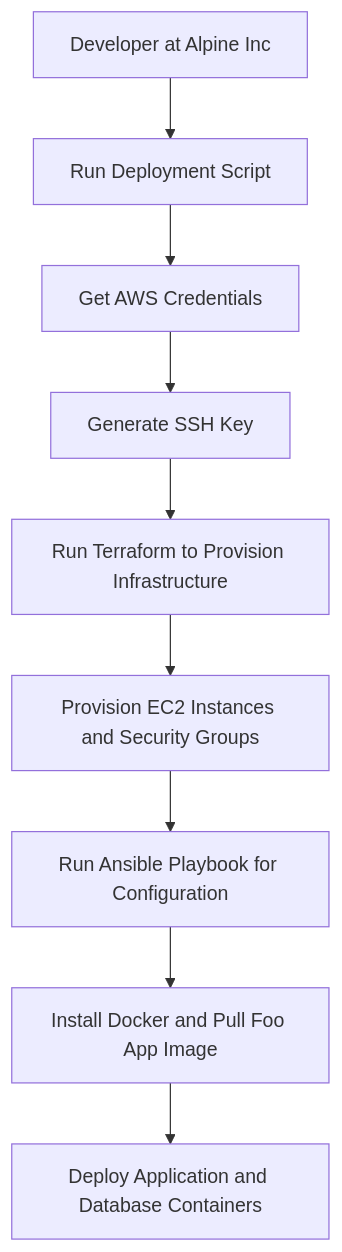
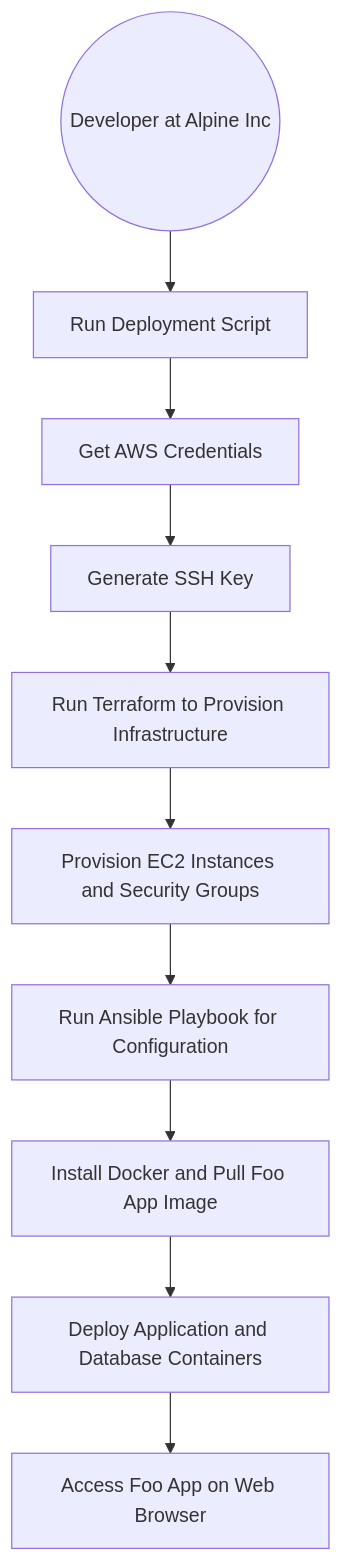
Before and after one commit to rmit-sdo-2024-s2/s3895662-s4077402-Assignment_2: the diagram in README.md, drawn with Mermaid. The commit also changed other lines of this file, not shown here.

Commit message:
updating mermaid code process diagram and adding design decisions

````diff
--- a/README.md
+++ b/README.md
@@ -47,12 +47,12 @@
-```mermaid 
+```mermaid
 graph TD
-    A[Developer at Alpine Inc] --> B[Run Deployment Script]
+    A((Developer at Alpine Inc)) --> B[Run Deployment Script]
     B --> C[Get AWS Credentials]
     C --> D[Generate SSH Key]
     D --> E[Run Terraform to Provision Infrastructure]
     E --> F[Provision EC2 Instances and Security Groups]
     F --> G[Run Ansible Playbook for Configuration]
     G --> H[Install Docker and Pull Foo App Image]
     H --> I[Deploy Application and Database Containers]
-
+    I --> J[Access Foo App on Web Browser]
 ```
````
